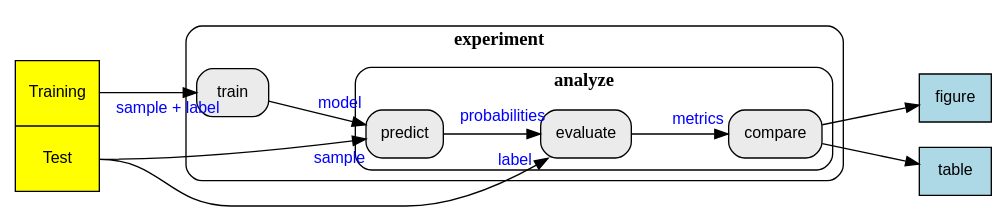
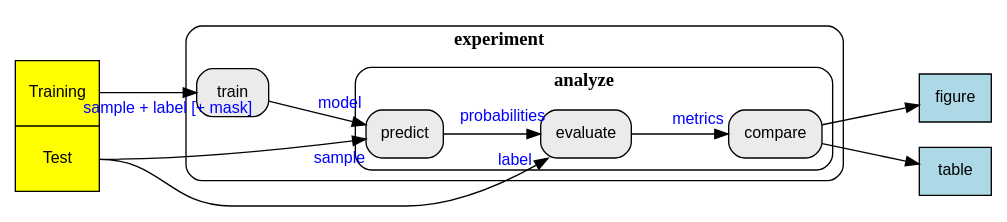
The diagram in doc/framework.dot (bioidiap/bob.ip.binseg), drawn with Graphviz before and after one commit. The commit also changed 21 other files, not shown here.

```diff
--- a/doc/framework.dot
+++ b/doc/framework.dot
@@ -1,60 +1,60 @@
 digraph framework {
 
     graph [
         rankdir=LR,
         ];
     edge [
         fontname=Helvetica,
         fontsize=12,
         fontcolor=blue,
         minlen=2,
         labeldistance=2.5,
         ];
 
     node [
         fontname=Helvetica,
         fontsize=12,
         fontcolor=black,
         shape=record,
         style="filled,rounded",
         fillcolor=grey92,
         ];
 
     dataset [
         label="<train>\nTraining\n\n|<test>\nTest\n\n",
         fillcolor=yellow,
         style="filled",
         ];
 
     {rank = min; dataset;}
 
     subgraph cluster_experiment {
         label=<<b>experiment</b>>;
         shape=record;
         style="filled,rounded";
         fillcolor=white;
         train;
 
         subgraph cluster_analyze {
             label=<<b>analyze</b>>;
             predict;
             evaluate;
             compare;
         }
     }
 
     figure, table [
         fillcolor=lightblue,
         style="filled",
     ];
     {rank = max; figure; table; }
 
-    dataset:train -> train [headlabel="sample + label",labelangle=30];
+    dataset:train -> train [headlabel="sample + label [+ mask]",labelangle=30];
     dataset:test -> predict [headlabel="sample",labelangle=30];
     train -> predict [headlabel="model"];
     dataset:test -> evaluate [headlabel="label"];
     predict -> evaluate [headlabel="probabilities    ",labelangle=-30];
     evaluate -> compare [headlabel="metrics"];
     compare -> figure;
     compare -> table;
 }
```
